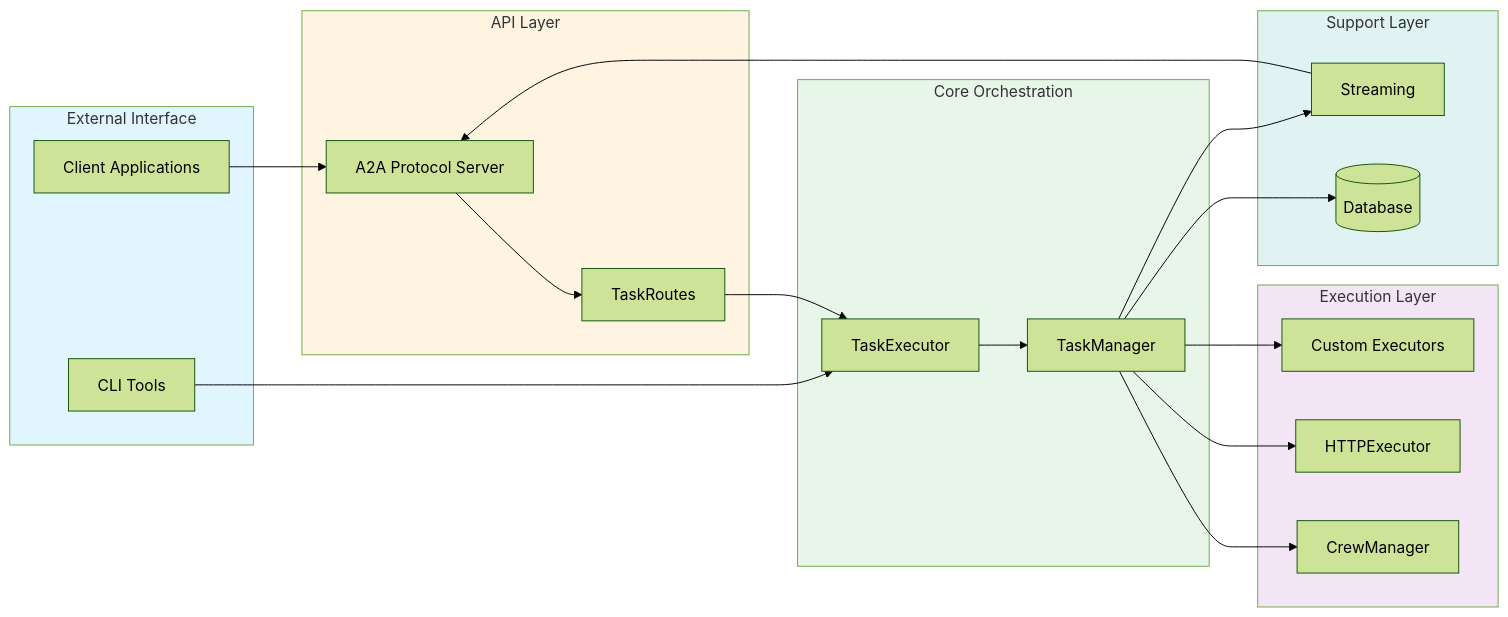
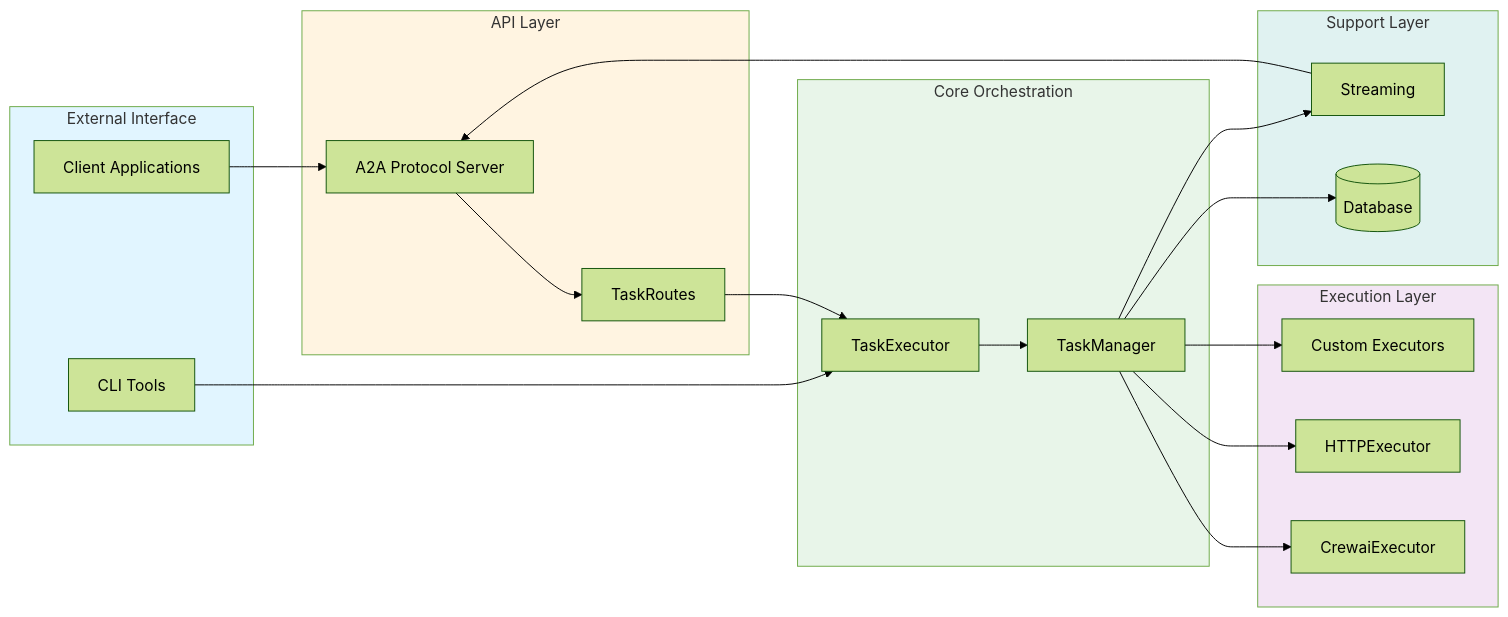
One commit to aipartnerup/apflow changed the sixth of 6 diagrams in docs/architecture/diagrams.md. Above: the diagram before and after it, drawn with Mermaid (forest theme). The commit also changed other lines of this file and 26 other files, not shown here.

First line of the commit message:
Add unit and integration tests for CrewaiExecutor functionality

````diff
--- a/docs/architecture/diagrams.md
+++ b/docs/architecture/diagrams.md
@@ -245,46 +245,46 @@
 ```mermaid
 flowchart LR
     subgraph External["External Interface"]
         Client[Client Applications]
         CLI[CLI Tools]
     end
     
     subgraph API["API Layer"]
         A2A[A2A Protocol Server]
         Routes[TaskRoutes]
     end
     
     subgraph Core["Core Orchestration"]
         Executor[TaskExecutor]
         Manager[TaskManager]
     end
     
     subgraph Execution["Execution Layer"]
-        CrewAI[CrewManager]
+        CrewAI[CrewaiExecutor]
         HTTP[HTTPExecutor]
         Custom[Custom Executors]
     end
     
     subgraph Support["Support Layer"]
         DB[(Database)]
         Stream[Streaming]
     end
     
     Client --> A2A
     CLI --> Executor
     A2A --> Routes
     Routes --> Executor
     Executor --> Manager
     Manager --> CrewAI
     Manager --> HTTP
     Manager --> Custom
     Manager --> DB
     Manager --> Stream
     Stream --> A2A
     
     style External fill:#e1f5ff
     style API fill:#fff4e1
     style Core fill:#e8f5e9
     style Execution fill:#f3e5f5
     style Support fill:#e0f2f1
 ```
````
